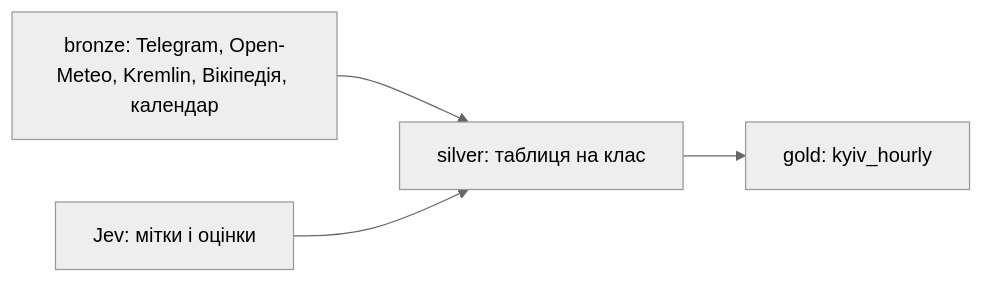
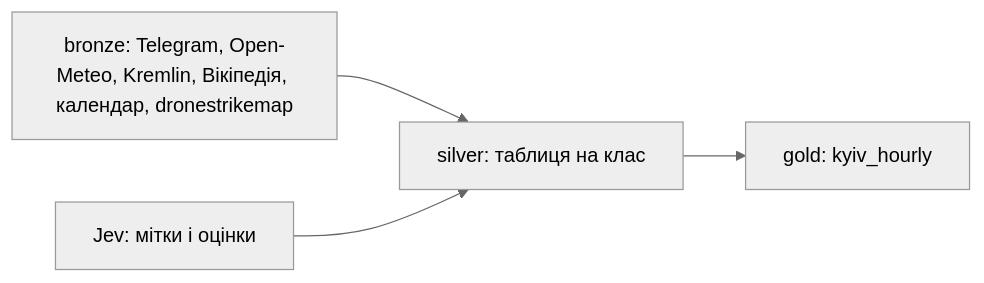
The diagram in docs/ARCHITECTURE.md (yegqr/kyianyn-routine), drawn with Mermaid (neutral theme) before and after one commit. The commit also changed other lines of this file and 4 other files, not shown here.

First line of the commit message:
Rebuild silver rf_strikes from dronestrikemap.com with a 30 hour day lag

````diff
--- a/docs/ARCHITECTURE.md
+++ b/docs/ARCHITECTURE.md
@@ -15,6 +15,6 @@
 ```mermaid
 flowchart LR
-  B[bronze: Telegram, Open-Meteo, Kremlin, Вікіпедія, календар] --> S[silver: таблиця на клас]
+  B[bronze: Telegram, Open-Meteo, Kremlin, Вікіпедія, календар, dronestrikemap] --> S[silver: таблиця на клас]
   J[Jev: мітки і оцінки] --> S
   S --> G[gold: kyiv_hourly]
 ```
````
